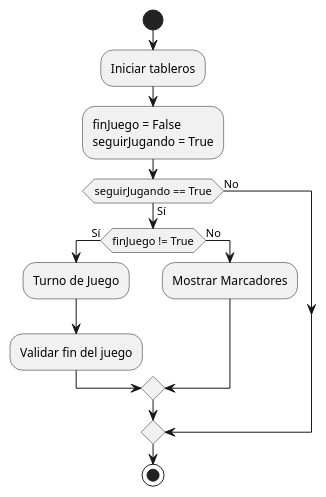
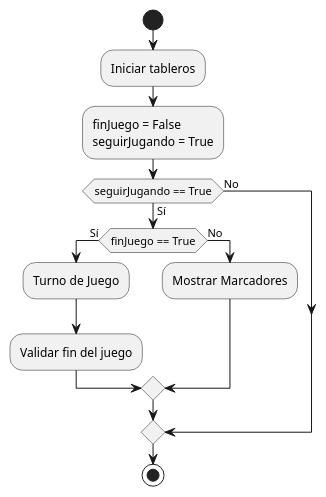
Before and after one commit to jarturomora/fundamentos-programacion-c: the diagram in actividades/actividad-1/code/2-0-modulo-juego.puml, drawn with PlantUML.

Commit message:
Actualiza diagrama de modulo juego

```diff
--- a/actividades/actividad-1/code/2-0-modulo-juego.puml
+++ b/actividades/actividad-1/code/2-0-modulo-juego.puml
@@ -1,16 +1,16 @@
 @startuml
 start
 :Iniciar tableros;
 :finJuego = False
 seguirJugando = True;
 if (seguirJugando == True) then (Sí)
-  if (finJuego != True) then (Sí)
+  if (finJuego == True) then (Sí)
     :Turno de Juego;
     :Validar fin del juego;
   else (No)
     :Mostrar Marcadores;
   endif;
 else (No)
 endif;
 stop
 @enduml
```
